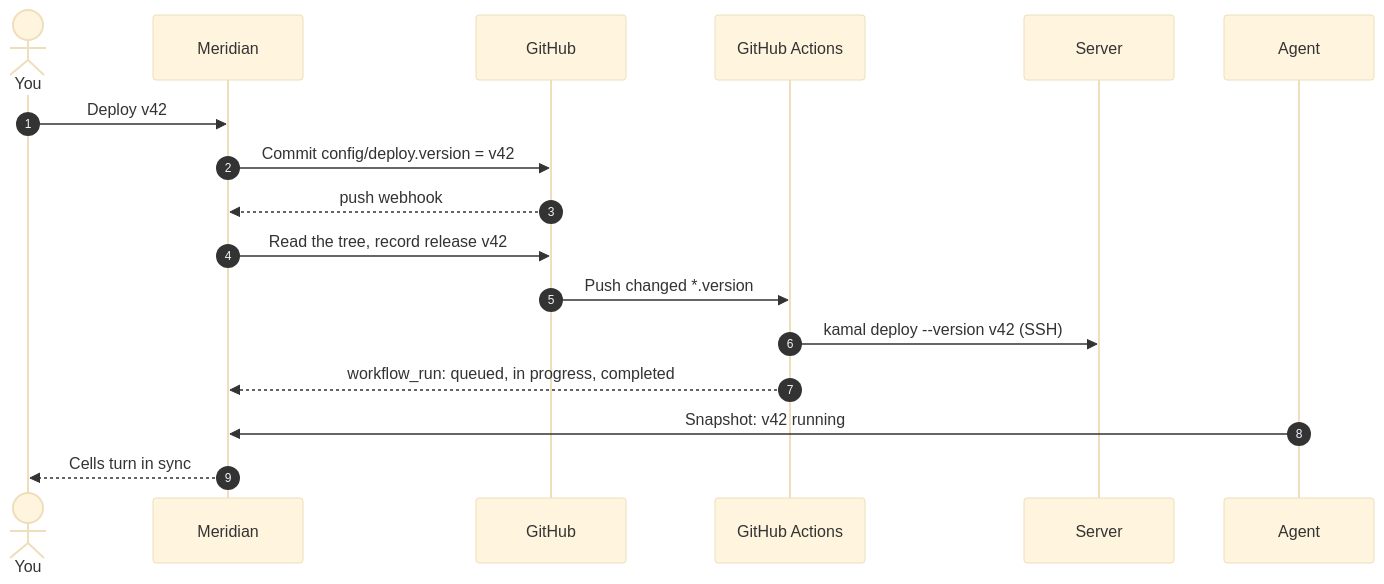
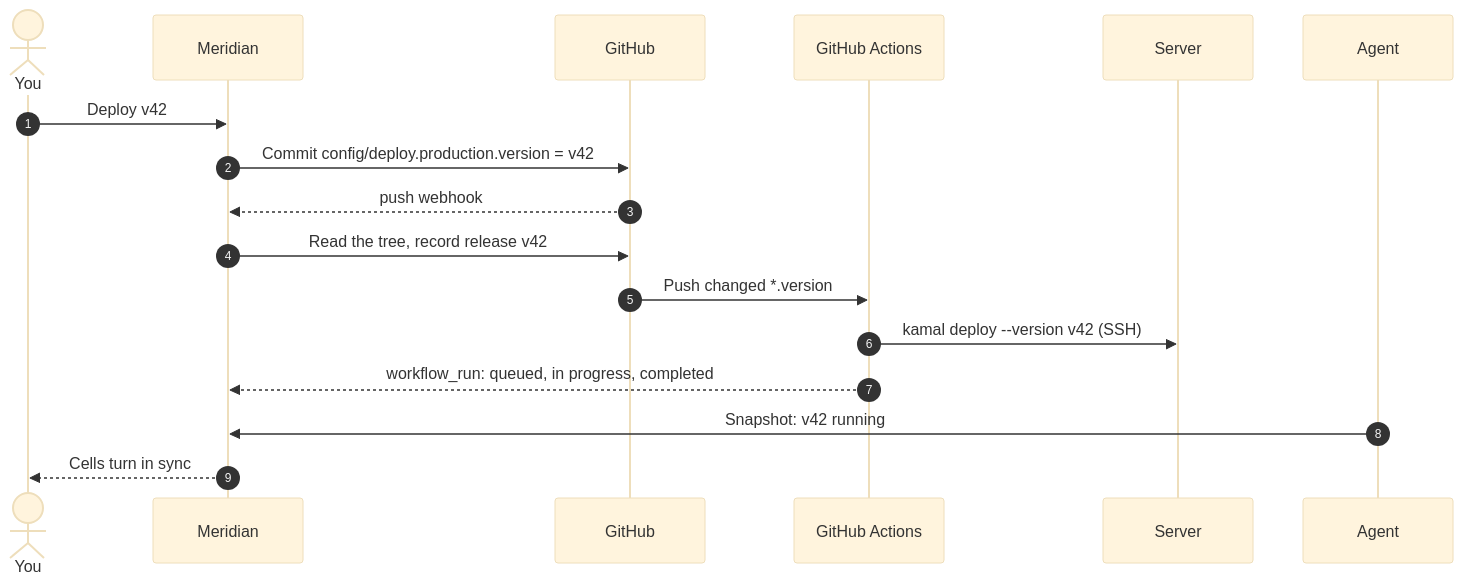
One commit to bigint/meridian changed the second of 2 diagrams in docs/concepts/how-it-works.mdx. Above: the diagram before and after it, drawn with Mermaid (base theme). The commit also changed other lines of this file and 9 other files, not shown here.

````diff
--- a/docs/concepts/how-it-works.mdx
+++ b/docs/concepts/how-it-works.mdx
@@ -79,19 +78,19 @@
 ```mermaid
 sequenceDiagram
   autonumber
   actor You
   participant M as Meridian
   participant G as GitHub
   participant CI as GitHub Actions
   participant S as Server
   participant A as Agent
   You->>M: Deploy v42
-  M->>G: Commit config/deploy.version = v42
+  M->>G: Commit config/deploy.production.version = v42
   G-->>M: push webhook
   M->>G: Read the tree, record release v42
   G->>CI: Push changed *.version
   CI->>S: kamal deploy --version v42 (SSH)
   CI-->>M: workflow_run: queued, in progress, completed
   A->>M: Snapshot: v42 running
   M-->>You: Cells turn in sync
 ```
````
